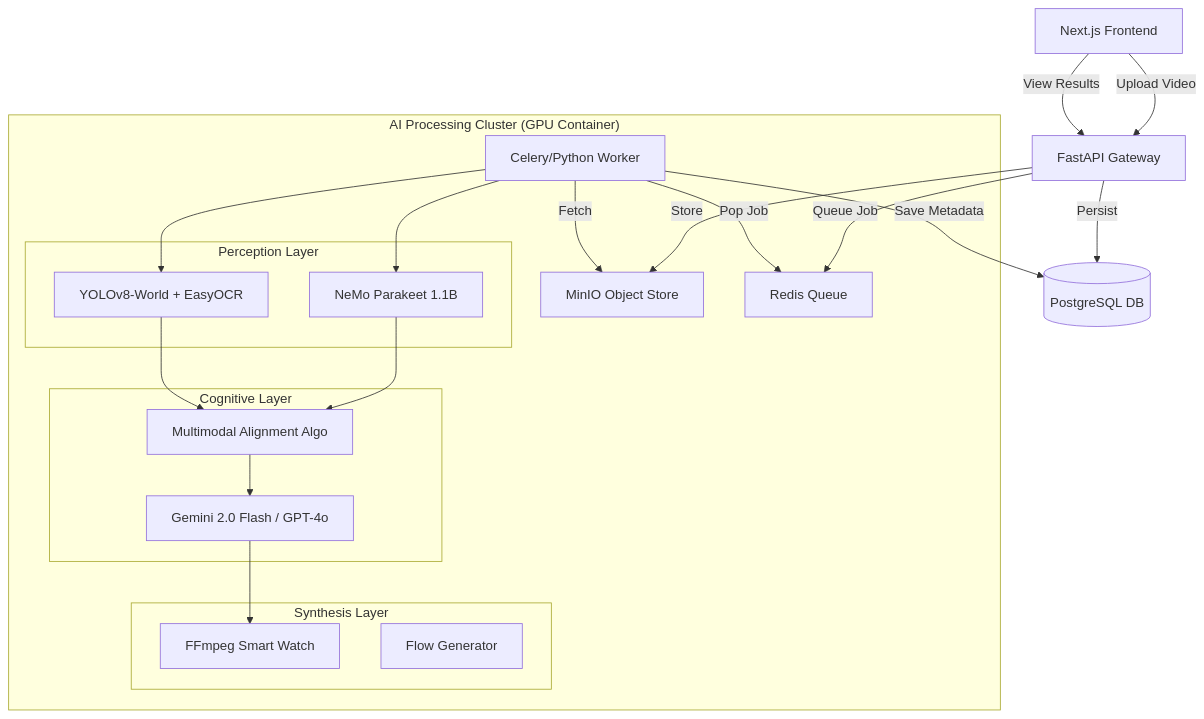
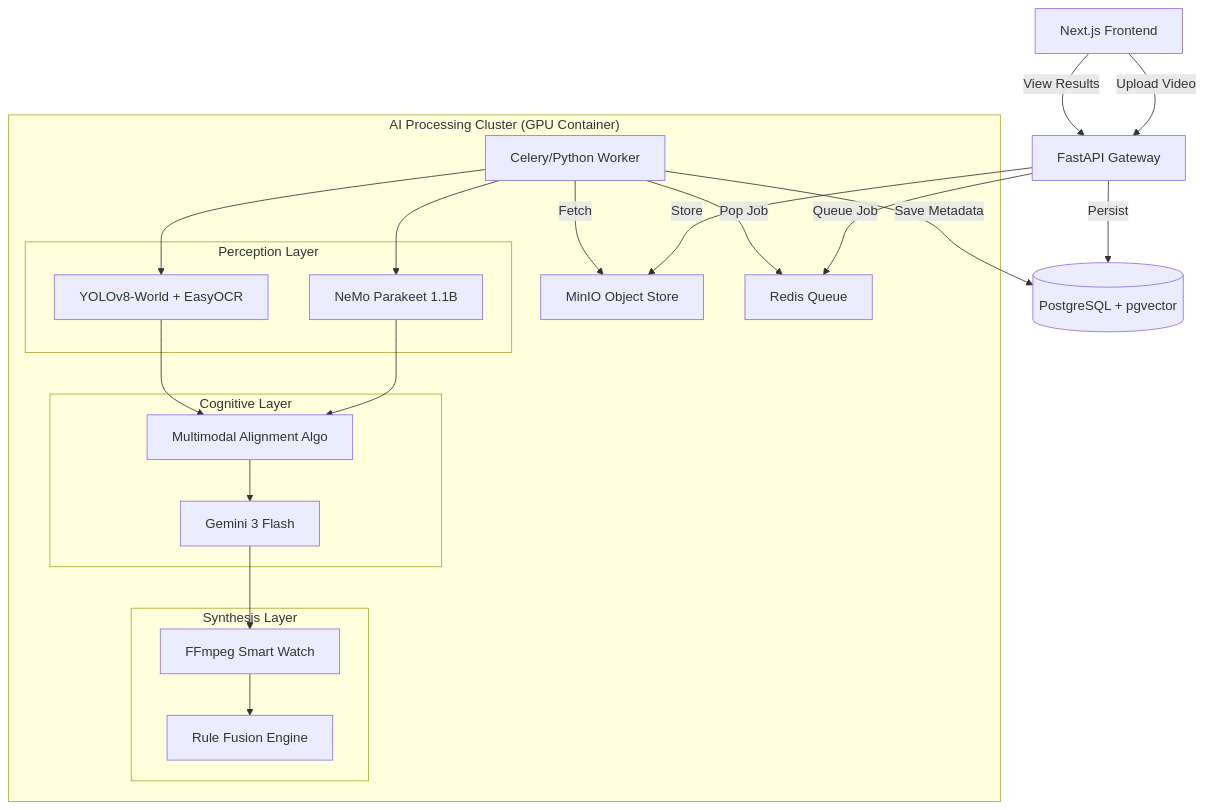
One commit to cameronsaddress/TrainFlow_AI changed the diagram in README.md. Above: the diagram before and after it, drawn with Mermaid. The commit also changed other lines of this file and 71 other files, not shown here.

````diff
--- a/README.md
+++ b/README.md
@@ -27,37 +23,38 @@
 ```mermaid
 graph TD
     Client[Next.js Frontend] -->|Upload Video| API[FastAPI Gateway]
     Client -->|View Results| API
     
     API -->|Store| MinIO[MinIO Object Store]
-    API -->|Persist| PG[(PostgreSQL DB)]
+    API -->|Persist| PG[(PostgreSQL + pgvector)]
     API -->|Queue Job| Redis[Redis Queue]
     
     subgraph "AI Processing Cluster (GPU Container)"
         Worker[Celery/Python Worker] -->|Pop Job| Redis
         Worker -->|Fetch| MinIO
         
         subgraph "Perception Layer"
             ASR[NeMo Parakeet 1.1B]
             CV[YOLOv8-World + EasyOCR]
         end
         
         subgraph "Cognitive Layer"
             Align[Multimodal Alignment Algo]
-            LLM[Gemini 2.0 Flash / GPT-4o]
+            LLM[Gemini 3 Flash]
         end
         
         subgraph "Synthesis Layer"
             Gen[FFmpeg Smart Watch]
-            Graph[Flow Generator]
+            Knowledge[Rule Fusion Engine]
         end
         
         Worker --> ASR
         Worker --> CV
         ASR & CV --> Align
         Align --> LLM
         LLM --> Gen
+        Gen --> Knowledge
     end
     
     Worker -->|Save Metadata| PG
 ```
````
